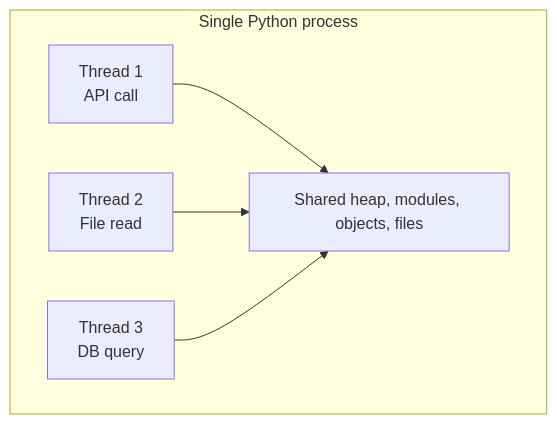
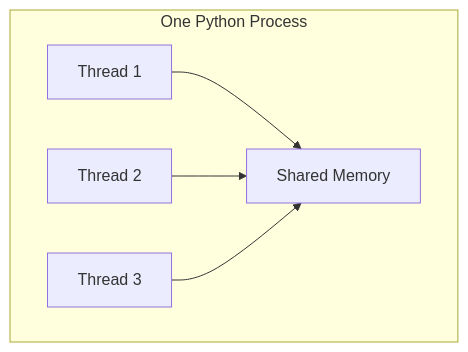
One commit to AvadhBhalodiya/Interview-Preparation changed the second of 7 diagrams in src/content/python/threading-multiprocessing-asyncio.md. Above: the diagram before and after it, drawn with Mermaid. The commit also changed other lines of this file and 80 other files, not shown here.

````diff
--- a/src/content/python/threading-multiprocessing-asyncio.md
+++ b/src/content/python/threading-multiprocessing-asyncio.md
@@ -225,13 +74,12 @@
 ```mermaid
 flowchart TD
-    subgraph PROC[Single Python process]
-        HEAP["Shared heap, modules, objects, files"]
-        T1[Thread 1<br/>API call]
-        T2[Thread 2<br/>File read]
-        T3[Thread 3<br/>DB query]
-
-        T1 --> HEAP
-        T2 --> HEAP
-        T3 --> HEAP
+    subgraph P[One Python Process]
+        M[Shared Memory]
+        T1[Thread 1]
+        T2[Thread 2]
+        T3[Thread 3]
+        T1 --> M
+        T2 --> M
+        T3 --> M
     end
 ```
````
